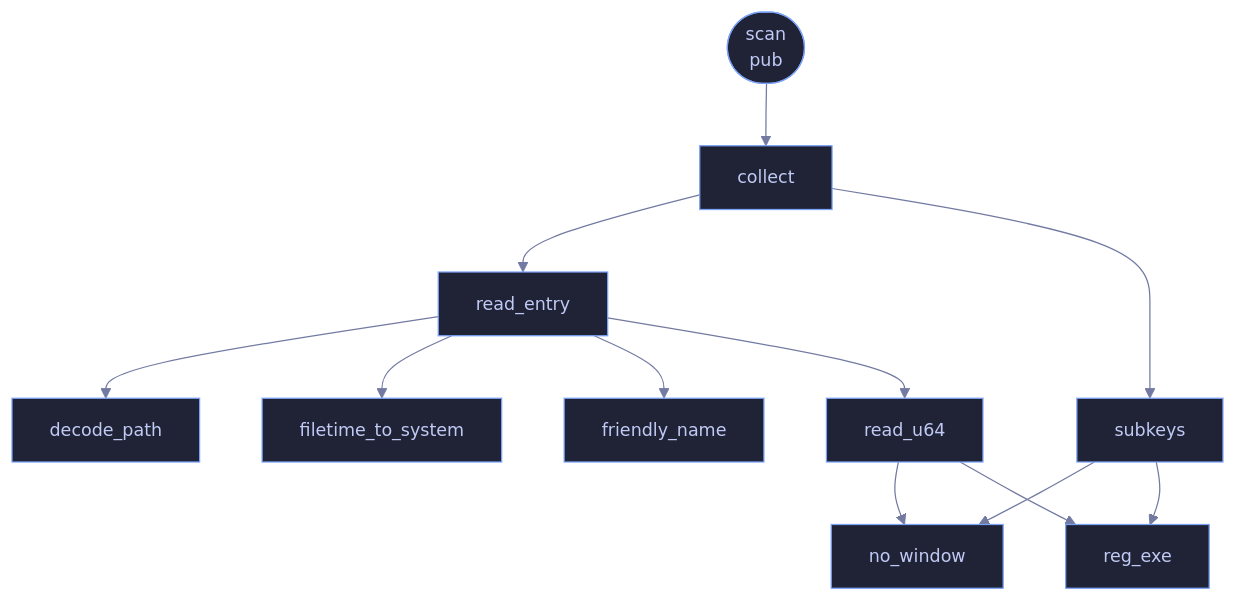
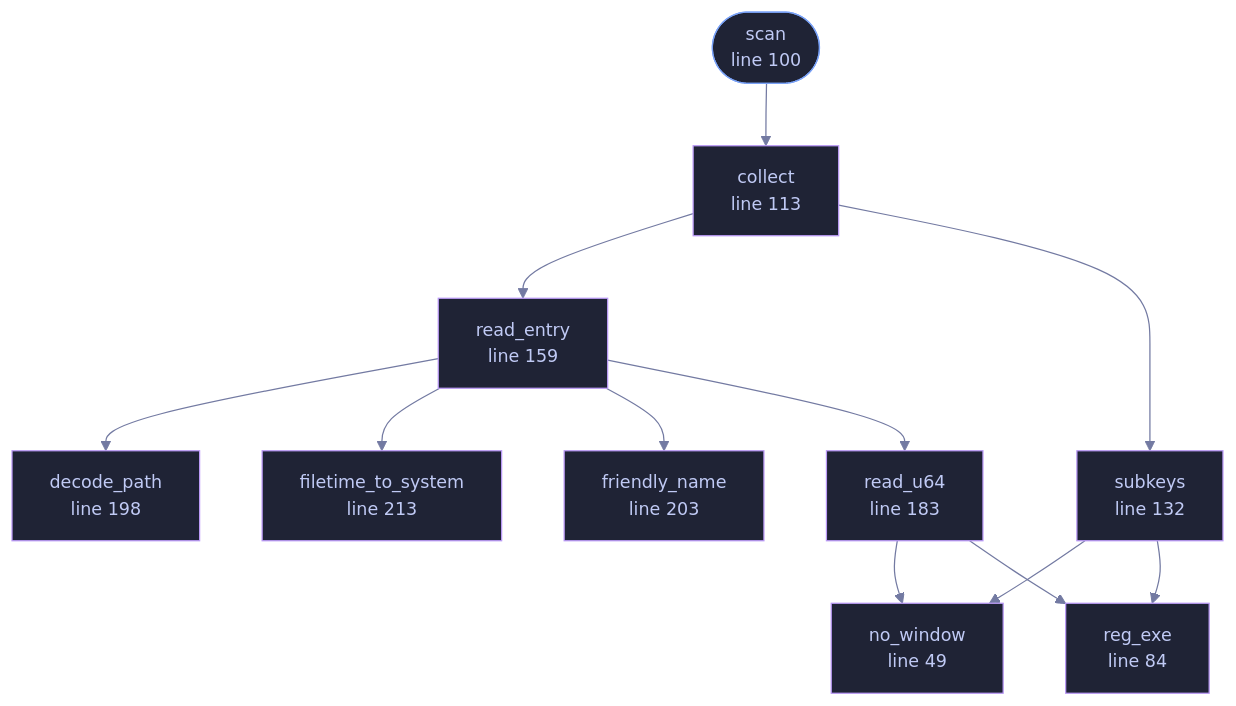
One commit to tilas01/veilvoice changed the diagram in wiki/File-veilvoice-watch-windows.md. Above: the diagram before and after it, drawn with Mermaid. The commit also changed other lines of this file and 182 other files, not shown here.

````diff
--- a/wiki/File-veilvoice-watch-windows.md
+++ b/wiki/File-veilvoice-watch-windows.md
@@ -43,25 +54,29 @@
 ```mermaid
 %%{init: {"theme":"base","themeVariables":{"background":"#1a1b26","primaryColor":"#1f2335","primaryTextColor":"#c0caf5","primaryBorderColor":"#7aa2f7","secondaryColor":"#16161e","tertiaryColor":"#16161e","lineColor":"#737aa2","textColor":"#c0caf5","mainBkg":"#1f2335","nodeBorder":"#7aa2f7","clusterBkg":"#16161e","clusterBorder":"#2f3549","fontFamily":"ui-monospace, SFMono-Regular, Consolas, monospace","fontSize":"14px"}}}%%
 flowchart TD
-    n_no_window["no_window"]
-    n_reg_exe["reg_exe"]
-    n_scan(["scan<br/>pub"])
-    n_collect["collect"]
-    n_subkeys["subkeys"]
-    n_read_entry["read_entry"]
-    n_read_u64["read_u64"]
-    n_decode_path["decode_path"]
-    n_friendly_name["friendly_name"]
-    n_filetime_to_system["filetime_to_system"]
+    n_no_window["no_window<br/>line 49"]
+    n_reg_exe["reg_exe<br/>line 84"]
+    n_scan(["scan<br/>line 100"])
+    n_collect["collect<br/>line 113"]
+    n_subkeys["subkeys<br/>line 132"]
+    n_read_entry["read_entry<br/>line 159"]
+    n_read_u64["read_u64<br/>line 183"]
+    n_decode_path["decode_path<br/>line 198"]
+    n_friendly_name["friendly_name<br/>line 203"]
+    n_filetime_to_system["filetime_to_system<br/>line 213"]
     n_collect --> n_read_entry
     n_collect --> n_subkeys
     n_read_entry --> n_decode_path
     n_read_entry --> n_filetime_to_system
     n_read_entry --> n_friendly_name
     n_read_entry --> n_read_u64
     n_read_u64 --> n_no_window
     n_read_u64 --> n_reg_exe
     n_scan --> n_collect
     n_subkeys --> n_no_window
     n_subkeys --> n_reg_exe
+    classDef entry fill:#1f2335,stroke:#7aa2f7,color:#c0caf5
+    class n_scan entry
+    classDef helper fill:#1f2335,stroke:#bb9af7,color:#c0caf5
+    class n_no_window,n_reg_exe,n_collect,n_subkeys,n_read_entry,n_read_u64,n_decode_path,n_friendly_name,n_filetime_to_system helper
 ```
````
